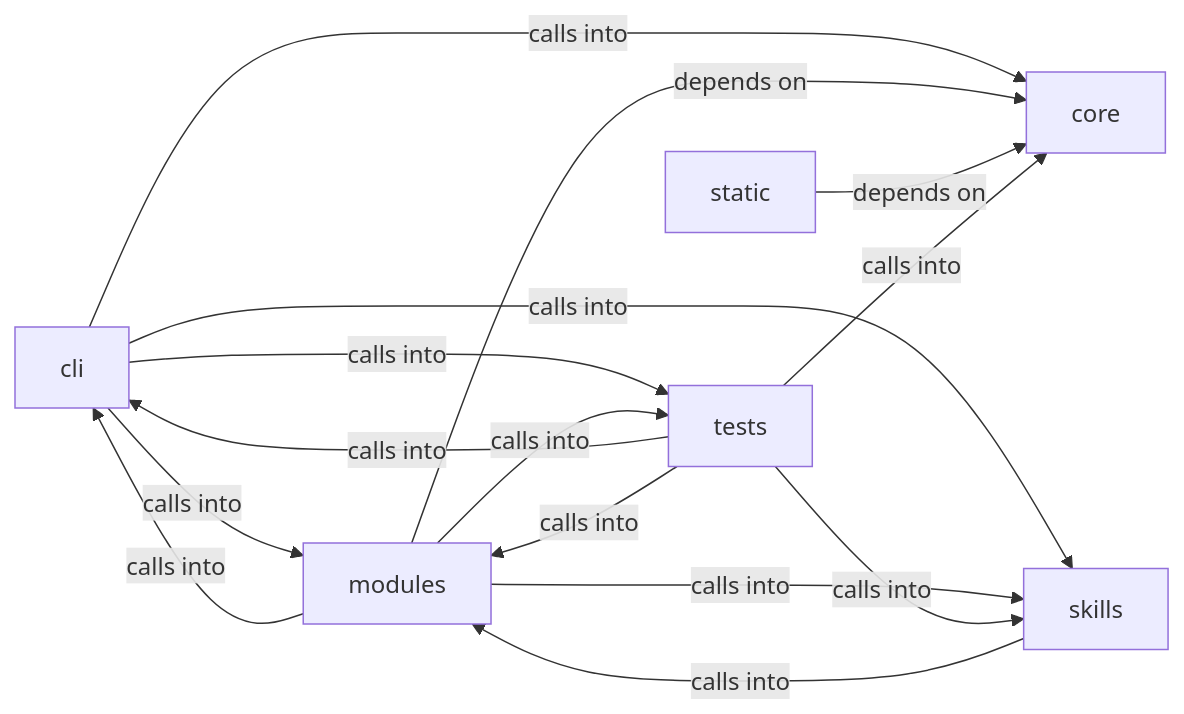
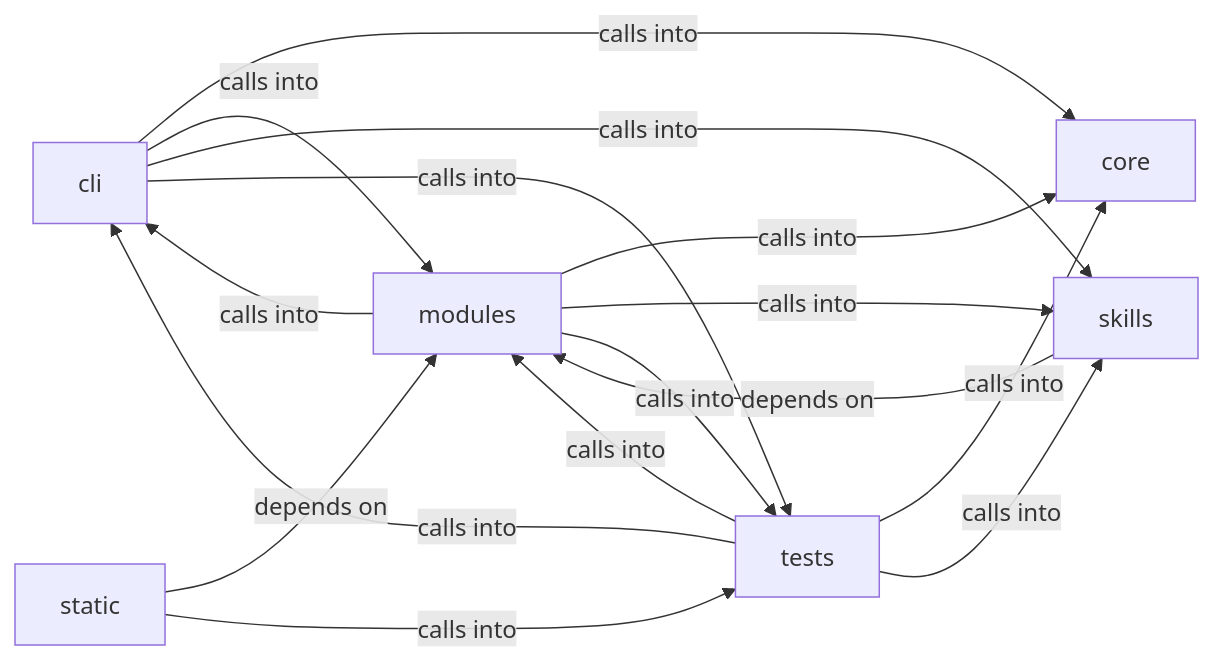
Before and after one commit to grisuno/LazyOwn: the diagram in readmenator-diagrams/modules_lazyown_facts.md, drawn with Mermaid. The commit also changed other lines of this file and 300 other files, not shown here.

````diff
--- a/readmenator-diagrams/modules_lazyown_facts.md
+++ b/readmenator-diagrams/modules_lazyown_facts.md
@@ -5,23 +5,24 @@
 ```mermaid
 graph LR
     cli["cli"]
     core["core"]
     modules["modules"]
     skills["skills"]
     static["static"]
     tests["tests"]
     cli -- "calls into" --> core
     cli -- "calls into" --> modules
     cli -- "calls into" --> skills
     cli -- "calls into" --> tests
     modules -- "calls into" --> cli
-    modules -- "depends on" --> core
+    modules -- "calls into" --> core
     modules -- "calls into" --> skills
     modules -- "calls into" --> tests
-    skills -- "calls into" --> modules
-    static -- "depends on" --> core
+    skills -- "depends on" --> modules
+    static -- "depends on" --> modules
+    static -- "calls into" --> tests
     tests -- "calls into" --> cli
     tests -- "calls into" --> core
     tests -- "calls into" --> modules
     tests -- "calls into" --> skills
 ```
````
